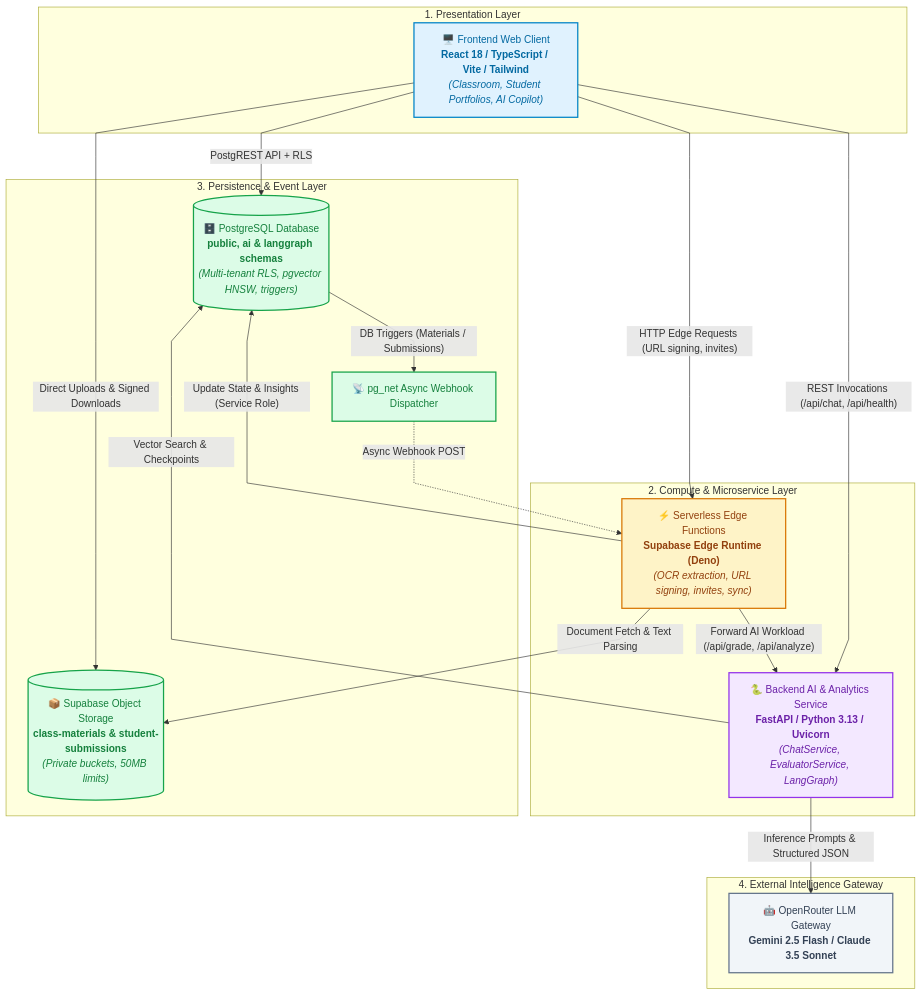
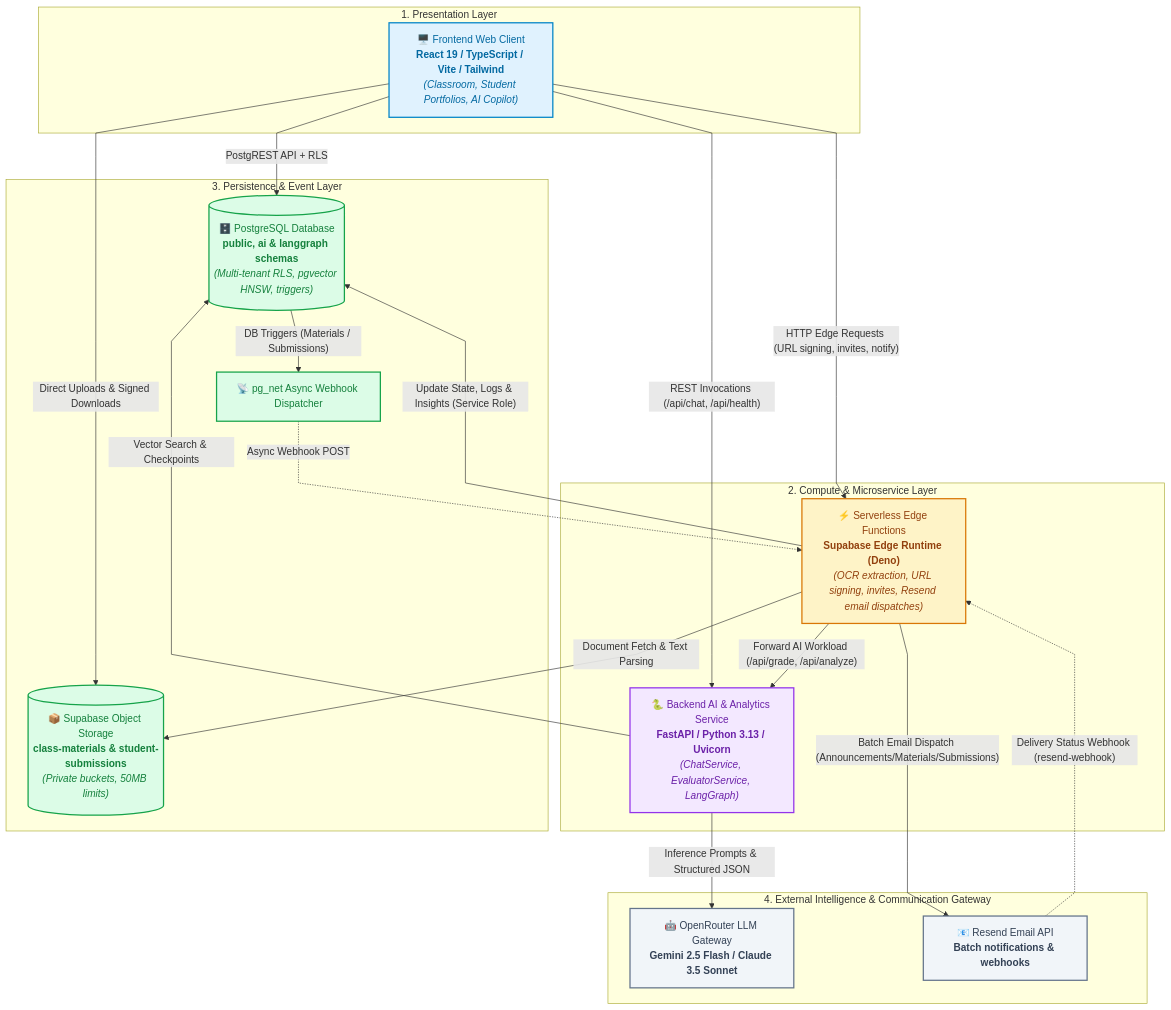
One commit to VictorBravo9er/Teacher-Assistant-Workspace changed the first of 4 diagrams in systems/README.md. Above: the diagram before and after it, drawn with Mermaid. The commit also changed other lines of this file and 25 other files, not shown here.

````diff
--- a/systems/README.md
+++ b/systems/README.md
@@ -11,46 +11,49 @@
 ```mermaid
 %%{init: {'flowchart': {'curve': 'linear'}}}%%
 flowchart TD
     %% Styling Classes
     classDef client fill:#e0f2fe,stroke:#0284c7,stroke-width:2px,color:#0369a1;
     classDef edge fill:#fef3c7,stroke:#d97706,stroke-width:2px,color:#92400e;
     classDef backend fill:#f3e8ff,stroke:#9333ea,stroke-width:2px,color:#6b21a8;
     classDef data fill:#dcfce7,stroke:#16a34a,stroke-width:2px,color:#15803d;
     classDef external fill:#f1f5f9,stroke:#64748b,stroke-width:2px,color:#334155;
 
     subgraph Tier1["1. Presentation Layer"]
-        ClientApp["🖥️ Frontend Web Client<br/><b>React 18 / TypeScript / Vite / Tailwind</b><br/><i>(Classroom, Student Portfolios, AI Copilot)</i>"]:::client
+        ClientApp["🖥️ Frontend Web Client<br/><b>React 19 / TypeScript / Vite / Tailwind</b><br/><i>(Classroom, Student Portfolios, AI Copilot)</i>"]:::client
     end
 
     subgraph Tier2["2. Compute & Microservice Layer"]
-        EdgeFunctions["⚡ Serverless Edge Functions<br/><b>Supabase Edge Runtime (Deno)</b><br/><i>(OCR extraction, URL signing, invites, sync)</i>"]:::edge
+        EdgeFunctions["⚡ Serverless Edge Functions<br/><b>Supabase Edge Runtime (Deno)</b><br/><i>(OCR extraction, URL signing, invites, Resend email dispatches)</i>"]:::edge
         FastAPIService["🐍 Backend AI & Analytics Service<br/><b>FastAPI / Python 3.13 / Uvicorn</b><br/><i>(ChatService, EvaluatorService, LangGraph)</i>"]:::backend
     end
 
     subgraph Tier3["3. Persistence & Event Layer"]
         PostgresDB[("🗄️ PostgreSQL Database<br/><b>public, ai & langgraph schemas</b><br/><i>(Multi-tenant RLS, pgvector HNSW, triggers)</i>")]:::data
         StorageBuckets[("📦 Supabase Object Storage<br/><b>class-materials & student-submissions</b><br/><i>(Private buckets, 50MB limits)</i>")]:::data
         PgNetQueue["📡 pg_net Async Webhook Dispatcher"]:::data
     end
 
-    subgraph Tier4["4. External Intelligence Gateway"]
+    subgraph Tier4["4. External Intelligence & Communication Gateway"]
         OpenRouterLLM["🤖 OpenRouter LLM Gateway<br/><b>Gemini 2.5 Flash / Claude 3.5 Sonnet</b>"]:::external
+        ResendAPI["📧 Resend Email API<br/><b>Batch notifications & webhooks</b>"]:::external
     end
 
     %% Client Traffic
     ClientApp -->|"PostgREST API + RLS"| PostgresDB
     ClientApp -->|"Direct Uploads & Signed Downloads"| StorageBuckets
     ClientApp -->|"REST Invocations (/api/chat, /api/health)"| FastAPIService
-    ClientApp -->|"HTTP Edge Requests (URL signing, invites)"| EdgeFunctions
+    ClientApp -->|"HTTP Edge Requests (URL signing, invites, notify)"| EdgeFunctions
 
     %% Asynchronous Event Pipeline
     PostgresDB -->|"DB Triggers (Materials / Submissions)"| PgNetQueue
     PgNetQueue -.->|"Async Webhook POST"| EdgeFunctions
     EdgeFunctions -->|"Document Fetch & Text Parsing"| StorageBuckets
     EdgeFunctions -->|"Forward AI Workload (/api/grade, /api/analyze)"| FastAPIService
-    EdgeFunctions -->|"Update State & Insights (Service Role)"| PostgresDB
+    EdgeFunctions -->|"Update State, Logs & Insights (Service Role)"| PostgresDB
+    EdgeFunctions -->|"Batch Email Dispatch (Announcements/Materials/Submissions)"| ResendAPI
+    ResendAPI -.->|"Delivery Status Webhook (resend-webhook)"| EdgeFunctions
 
     %% Backend & LLM Connections
     FastAPIService -->|"Vector Search & Checkpoints"| PostgresDB
     FastAPIService -->|"Inference Prompts & Structured JSON"| OpenRouterLLM
 ```
````
